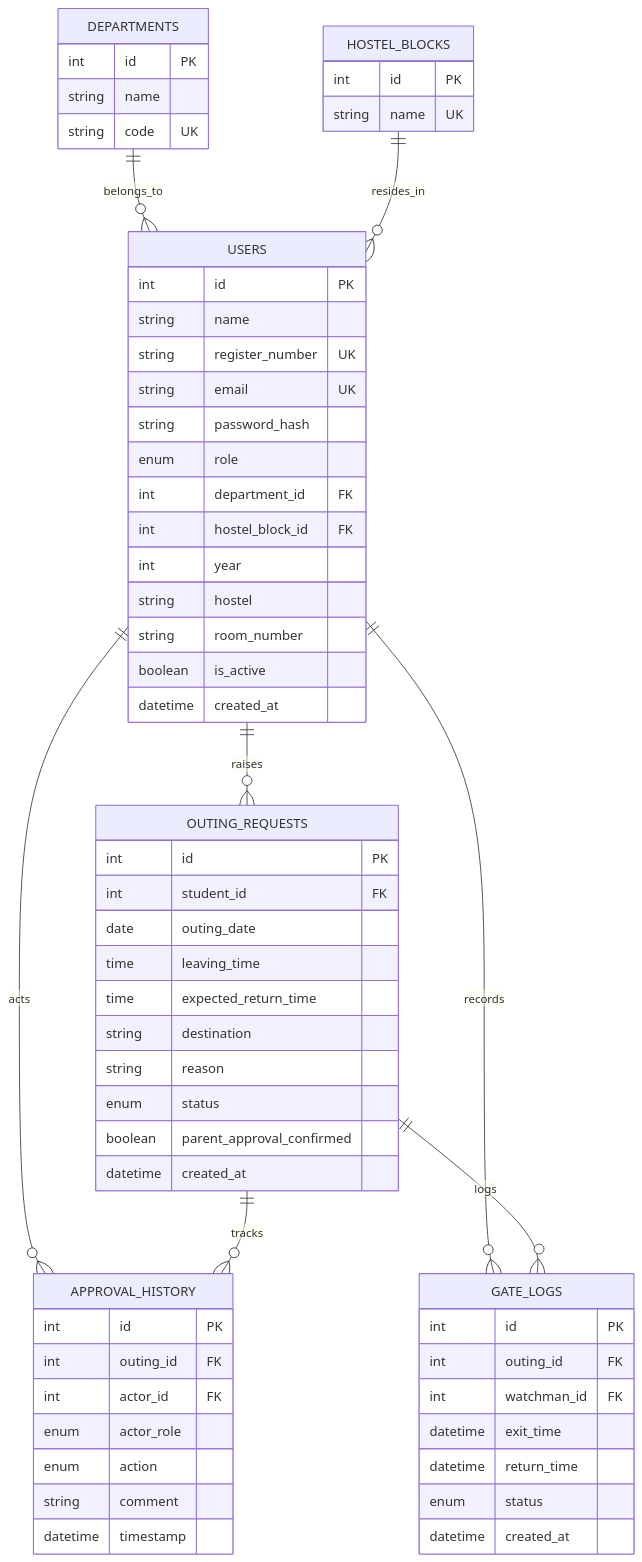
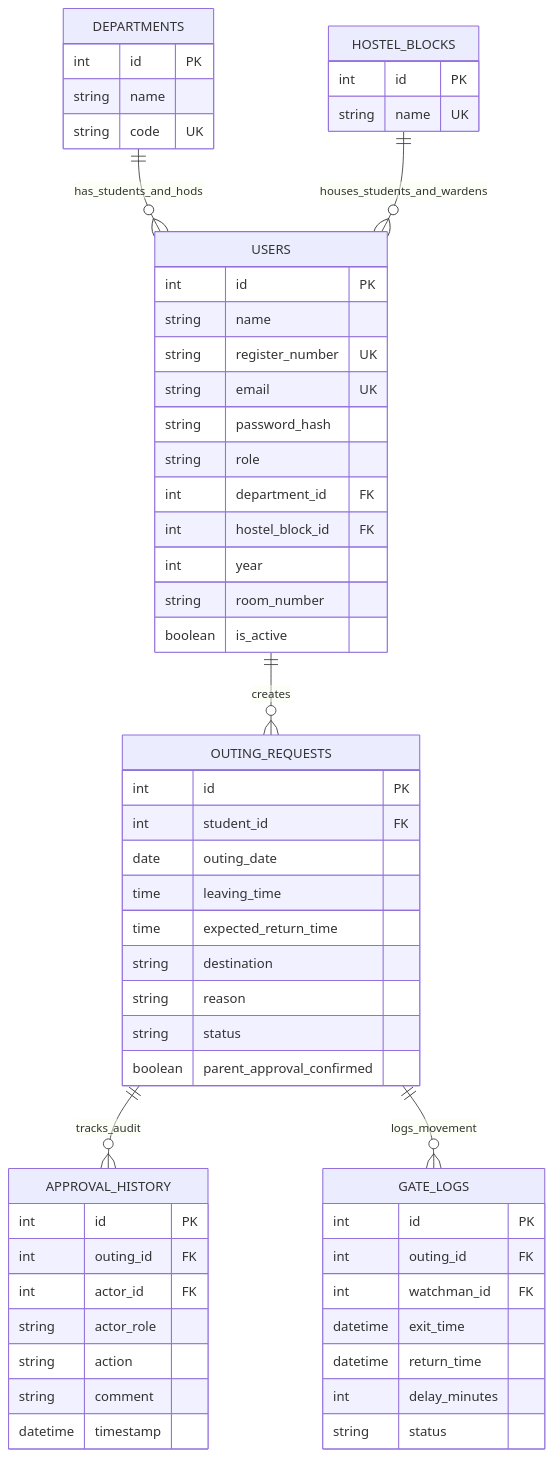
Before and after one commit to Shrikaran202005/Hostel_Outpass_System: the diagram in docs/design.md, drawn with Mermaid. The commit also changed other lines of this file and 6 other files, not shown here.

Commit message:
Complete hostel outing permission system assessment

````diff
--- a/docs/design.md
+++ b/docs/design.md
@@ -5,70 +81,65 @@
 ```mermaid
 erDiagram
-    DEPARTMENTS ||--o{ USERS : belongs_to
-    HOSTEL_BLOCKS ||--o{ USERS : resides_in
-    USERS ||--o{ OUTING_REQUESTS : raises
-    USERS ||--o{ APPROVAL_HISTORY : acts
-    USERS ||--o{ GATE_LOGS : records
-    OUTING_REQUESTS ||--o{ APPROVAL_HISTORY : tracks
-    OUTING_REQUESTS ||--o{ GATE_LOGS : logs
+    DEPARTMENTS ||--o{ USERS : "has_students_and_hods"
+    HOSTEL_BLOCKS ||--o{ USERS : "houses_students_and_wardens"
+    USERS ||--o{ OUTING_REQUESTS : "creates"
+    OUTING_REQUESTS ||--o{ APPROVAL_HISTORY : "tracks_audit"
+    OUTING_REQUESTS ||--o{ GATE_LOGS : "logs_movement"
 
     DEPARTMENTS {
         int id PK
         string name
         string code UK
     }
 
     HOSTEL_BLOCKS {
         int id PK
         string name UK
     }
 
     USERS {
         int id PK
         string name
         string register_number UK
         string email UK
         string password_hash
-        enum role
+        string role
         int department_id FK
         int hostel_block_id FK
         int year
-        string hostel
         string room_number
         boolean is_active
-        datetime created_at
     }
 
     OUTING_REQUESTS {
         int id PK
         int student_id FK
         date outing_date
         time leaving_time
         time expected_return_time
         string destination
         string reason
-        enum status
+        string status
         boolean parent_approval_confirmed
-        datetime created_at
     }
 
     APPROVAL_HISTORY {
         int id PK
         int outing_id FK
         int actor_id FK
-        enum actor_role
-        enum action
+        string actor_role
+        string action
         string comment
         datetime timestamp
     }
 
     GATE_LOGS {
         int id PK
         int outing_id FK
         int watchman_id FK
         datetime exit_time
         datetime return_time
-        enum status
-        datetime created_at
+        int delay_minutes
+        string status
     }
 ```
````
